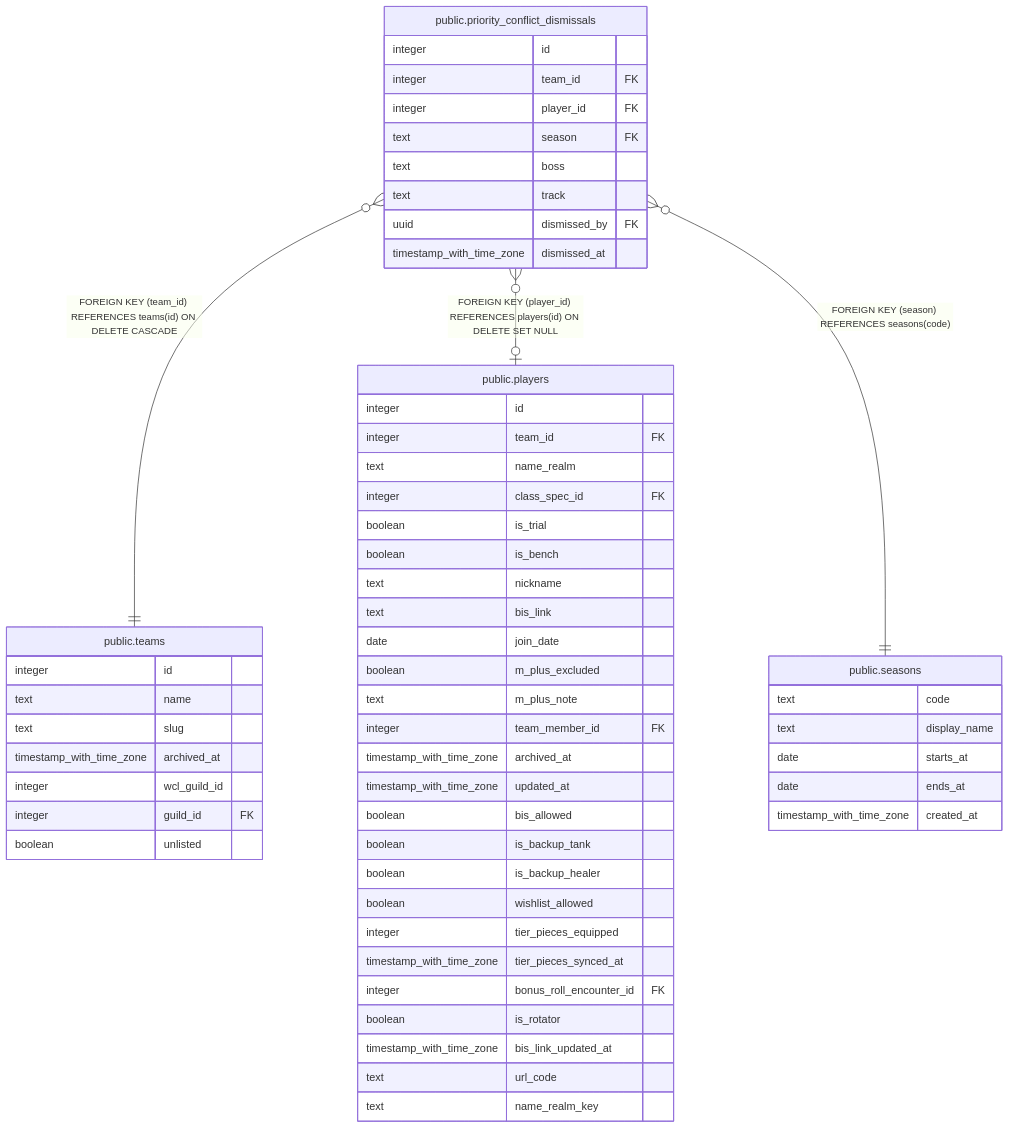
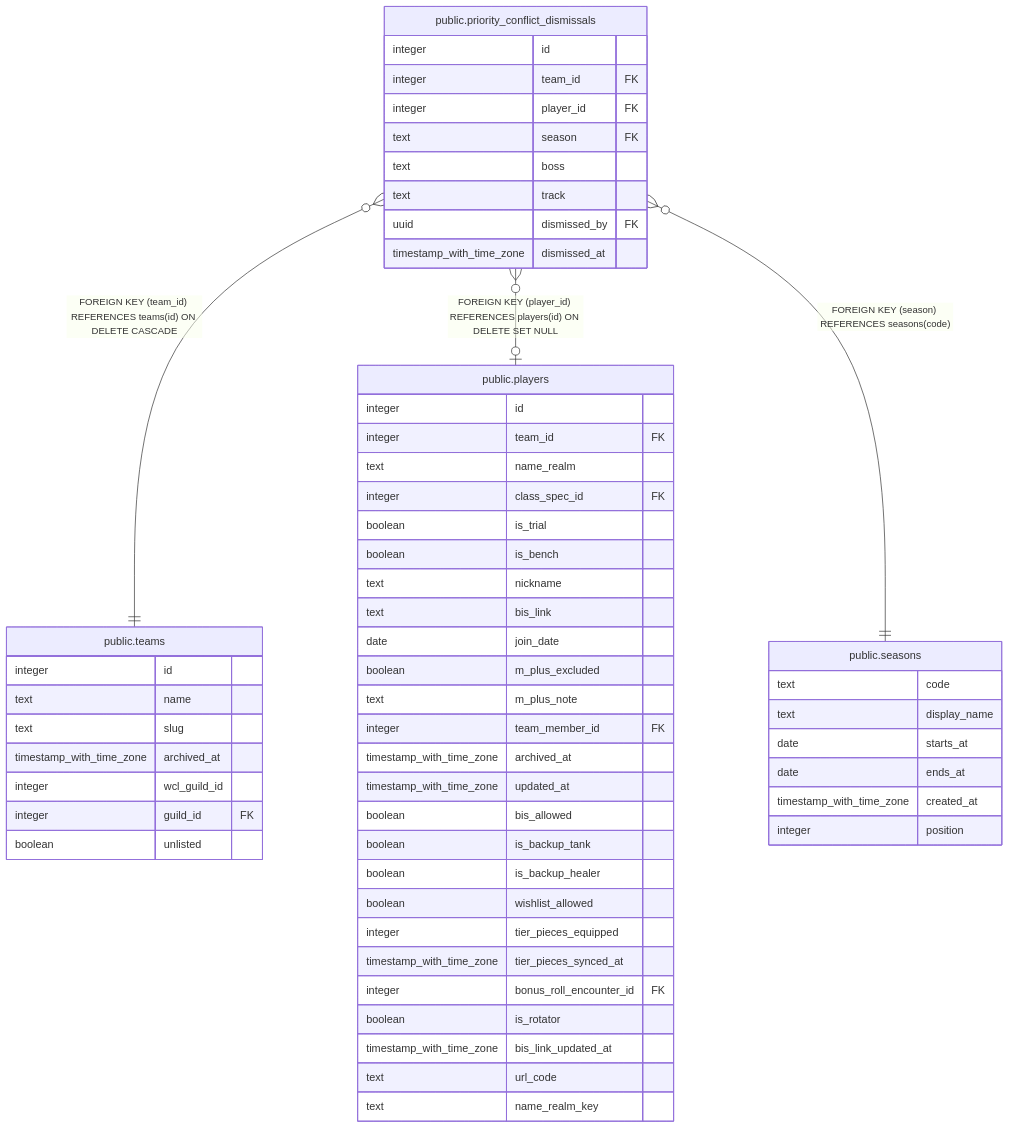
The diagram in dbdoc/public.priority_conflict_dismissals.md (katogaming88/WGA-Raid-Hub), drawn with Mermaid before and after one commit. The commit also changed 42 other files, not shown here.

````diff
--- a/dbdoc/public.priority_conflict_dismissals.md
+++ b/dbdoc/public.priority_conflict_dismissals.md
@@ -46,61 +46,62 @@
 ```mermaid
 erDiagram
 
 "public.priority_conflict_dismissals" }o--|| "public.teams" : "FOREIGN KEY (team_id) REFERENCES teams(id) ON DELETE CASCADE"
 "public.priority_conflict_dismissals" }o--o| "public.players" : "FOREIGN KEY (player_id) REFERENCES players(id) ON DELETE SET NULL"
 "public.priority_conflict_dismissals" }o--|| "public.seasons" : "FOREIGN KEY (season) REFERENCES seasons(code)"
 
 "public.priority_conflict_dismissals" {
   integer id
   integer team_id FK
   integer player_id FK
   text season FK
   text boss
   text track
   uuid dismissed_by FK
   timestamp_with_time_zone dismissed_at
 }
 "public.teams" {
   integer id
   text name
   text slug
   timestamp_with_time_zone archived_at
   integer wcl_guild_id
   integer guild_id FK
   boolean unlisted
 }
 "public.players" {
   integer id
   integer team_id FK
   text name_realm
   integer class_spec_id FK
   boolean is_trial
   boolean is_bench
   text nickname
   text bis_link
   date join_date
   boolean m_plus_excluded
   text m_plus_note
   integer team_member_id FK
   timestamp_with_time_zone archived_at
   timestamp_with_time_zone updated_at
   boolean bis_allowed
   boolean is_backup_tank
   boolean is_backup_healer
   boolean wishlist_allowed
   integer tier_pieces_equipped
   timestamp_with_time_zone tier_pieces_synced_at
   integer bonus_roll_encounter_id FK
   boolean is_rotator
   timestamp_with_time_zone bis_link_updated_at
   text url_code
   text name_realm_key
 }
 "public.seasons" {
   text code
   text display_name
   date starts_at
   date ends_at
   timestamp_with_time_zone created_at
+  integer position
 }
 ```
````
